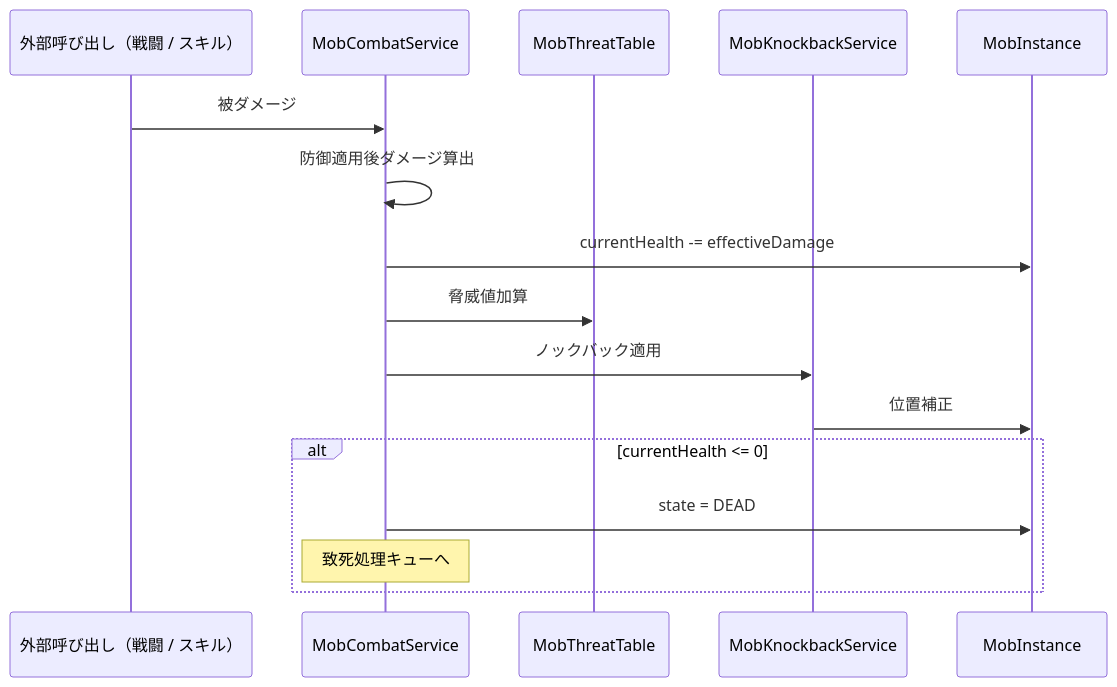
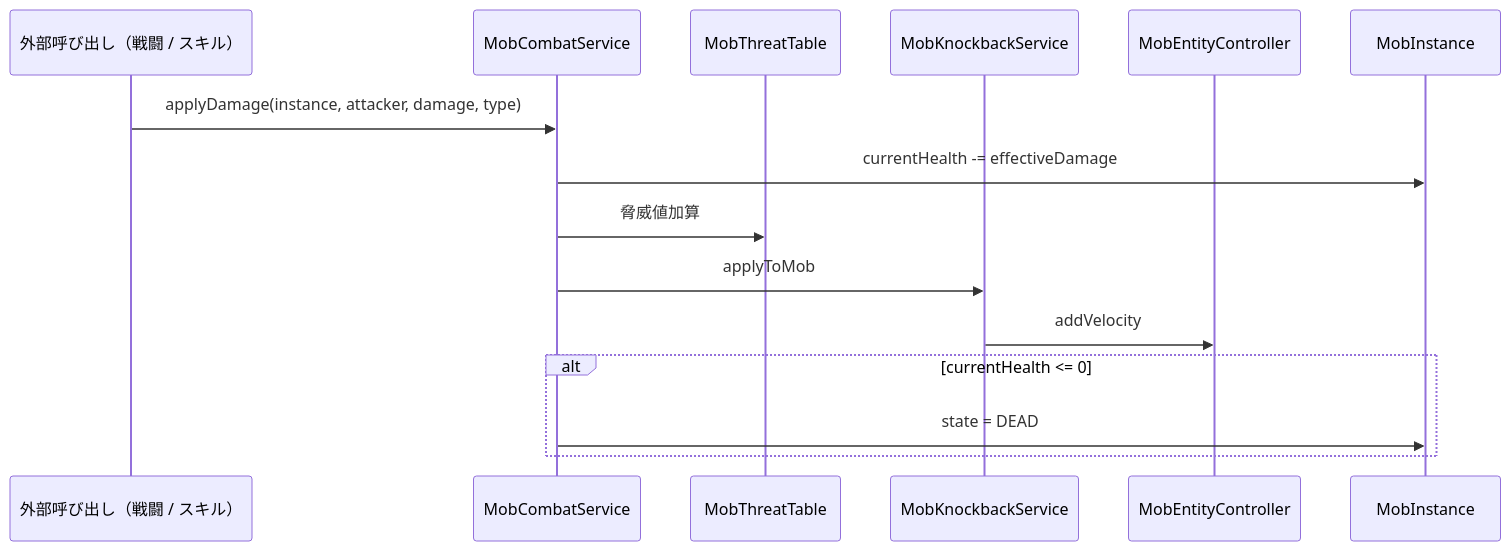
The fourth of 5 diagrams in 00_docs/10_プラグイン設計書/feature/12-mob/4-統合フロー/12_4.00-統合フロー.md (maaasu/AstralRecord-Workspace), drawn with Mermaid before and after one commit. The commit also changed other lines of this file and 20 other files, not shown here.

````diff
--- a/00_docs/10_プラグイン設計書/feature/12-mob/4-統合フロー/12_4.00-統合フロー.md
+++ b/00_docs/10_プラグイン設計書/feature/12-mob/4-統合フロー/12_4.00-統合フロー.md
@@ -113,19 +89,18 @@
 ```mermaid
 sequenceDiagram
     participant X as 外部呼び出し（戦闘 / スキル）
     participant CB as MobCombatService
     participant T as MobThreatTable
     participant KB as MobKnockbackService
+    participant E as MobEntityController
     participant I as MobInstance
 
-    X->>CB: 被ダメージ
-    CB->>CB: 防御適用後ダメージ算出
+    X->>CB: applyDamage(instance, attacker, damage, type)
     CB->>I: currentHealth -= effectiveDamage
     CB->>T: 脅威値加算
-    CB->>KB: ノックバック適用
-    KB->>I: 位置補正
+    CB->>KB: applyToMob
+    KB->>E: addVelocity
     alt currentHealth <= 0
         CB->>I: state = DEAD
-        Note over CB: 致死処理キューへ
     end
 ```
````
